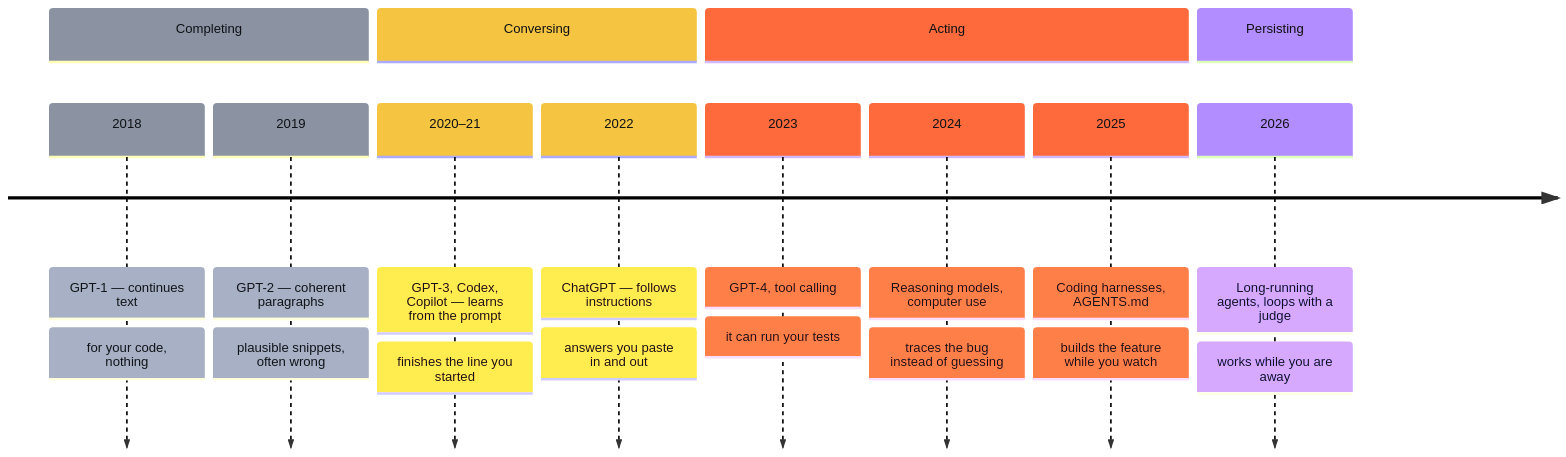
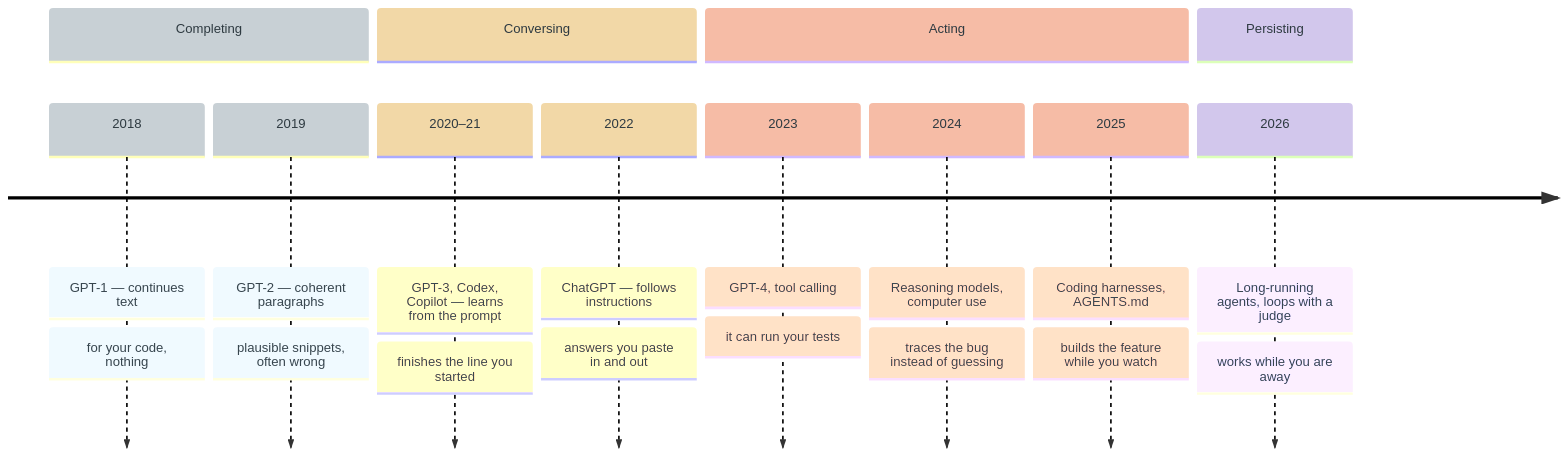
One commit to Nova-SBE-Introduction-to-Programming/intro-to-programming-2026 changed the diagram in decks/diagrams/chronology.mmd. Above: the diagram before and after it, drawn with Mermaid. The commit also changed 14 other files, not shown here.

```diff
--- a/decks/diagrams/chronology.mmd
+++ b/decks/diagrams/chronology.mmd
@@ -1,14 +1,14 @@
-%%{init: {"themeVariables": {"cScale0":"#8b93a3","cScale1":"#f5c542","cScale2":"#ff6a3d","cScale3":"#b28dff","cScaleLabel0":"#0f1115","cScaleLabel1":"#0f1115","cScaleLabel2":"#0f1115","cScaleLabel3":"#0f1115"}}}%%
+%%{init: {"themeVariables": {"cScale0":"#C8D0D5","cScale1":"#F2D8A7","cScale2":"#F6BCA6","cScale3":"#D2C7EC","cScaleLabel0":"#2E3A41","cScaleLabel1":"#2E3A41","cScaleLabel2":"#2E3A41","cScaleLabel3":"#2E3A41"}}}%%
 timeline
   section Completing
     2018 : GPT-1 — continues text : for your code, nothing
     2019 : GPT-2 — coherent paragraphs : plausible snippets, often wrong
   section Conversing
     2020–21 : GPT-3, Codex, Copilot — learns from the prompt : finishes the line you started
     2022 : ChatGPT — follows instructions : answers you paste in and out
   section Acting
     2023 : GPT-4, tool calling : it can run your tests
     2024 : Reasoning models, computer use : traces the bug instead of guessing
     2025 : Coding harnesses, AGENTS.md : builds the feature while you watch
   section Persisting
     2026 : Long-running agents, loops with a judge : works while you are away
```
